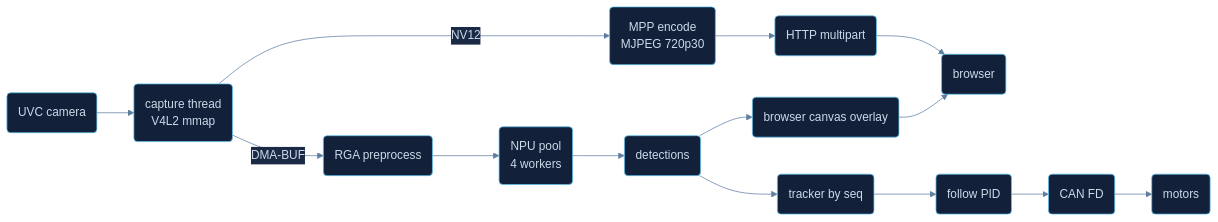
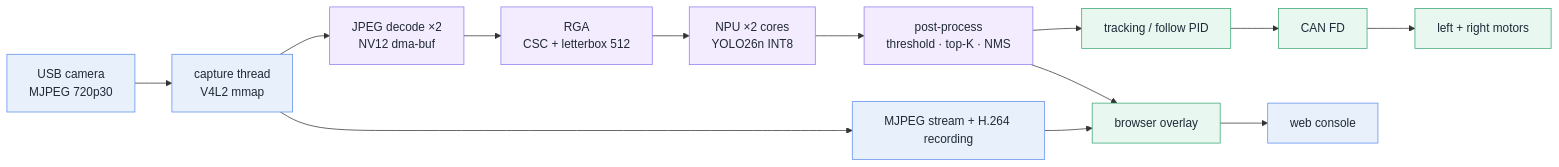
Before and after one commit to qianruo-orange/autonomous-driving-car: the fifth of 5 diagrams in README.md, drawn with Mermaid. The commit also changed other lines of this file and 2 other files, not shown here.

````diff
--- a/README.md
+++ b/README.md
@@ -368,17 +444,21 @@
 ```mermaid
-%%{init: {'theme':'base','themeVariables':{'primaryColor':'#12203a','primaryTextColor':'#cdd9e8','primaryBorderColor':'#5ec2f0','lineColor':'#5e7ea0','secondaryColor':'#1a2a44','tertiaryColor':'#0f1a2e','fontFamily':'Segoe UI, Helvetica, Arial, sans-serif'}}}%%
 flowchart LR
-    CAM(UVC camera) --> CAP(capture thread<br/>V4L2 mmap)
-    CAP -->|DMA-BUF| RGA(RGA preprocess)
-    RGA --> POOL(NPU pool<br/>4 workers)
-    POOL --> DET(detections)
-    CAP -->|NV12| MPP(MPP encode<br/>MJPEG 720p30)
-    MPP --> HTTP(HTTP multipart)
-    DET --> OVL(browser canvas overlay)
-    HTTP --> BROWSER(browser)
-    OVL --> BROWSER
-    DET --> TRK(tracker by seq)
-    TRK --> PID(follow PID)
-    PID --> CAN(CAN FD)
-    CAN --> MOTOR(motors)
+    CAM["USB camera<br/>MJPEG 720p30"] --> CAP["capture thread<br/>V4L2 mmap"]
+    CAP --> DEC["JPEG decode ×2<br/>NV12 dma-buf"]
+    DEC --> RGA["RGA<br/>CSC + letterbox 512"]
+    RGA --> NPU["NPU ×2 cores<br/>YOLO26n INT8"]
+    NPU --> POST["post-process<br/>threshold · top-K · NMS"]
+    POST --> TRK["tracking / follow PID"]
+    TRK --> CAN["CAN FD"] --> MOTOR["left + right motors"]
+    CAP --> STREAM["MJPEG stream + H.264 recording"]
+    POST --> OVL["browser overlay"]
+    STREAM --> OVL
+    OVL --> WEB["web console"]
+
+    classDef io fill:#e8f1fb,stroke:#5b8def,color:#1f2937
+    classDef hw fill:#f3ecff,stroke:#8f7cf0,color:#1f2937
+    classDef ctl fill:#e8f7ef,stroke:#3aa675,color:#1f2937
+    class CAM,CAP,STREAM,WEB io
+    class DEC,RGA,NPU,POST hw
+    class TRK,CAN,MOTOR,OVL ctl
 ```
````
